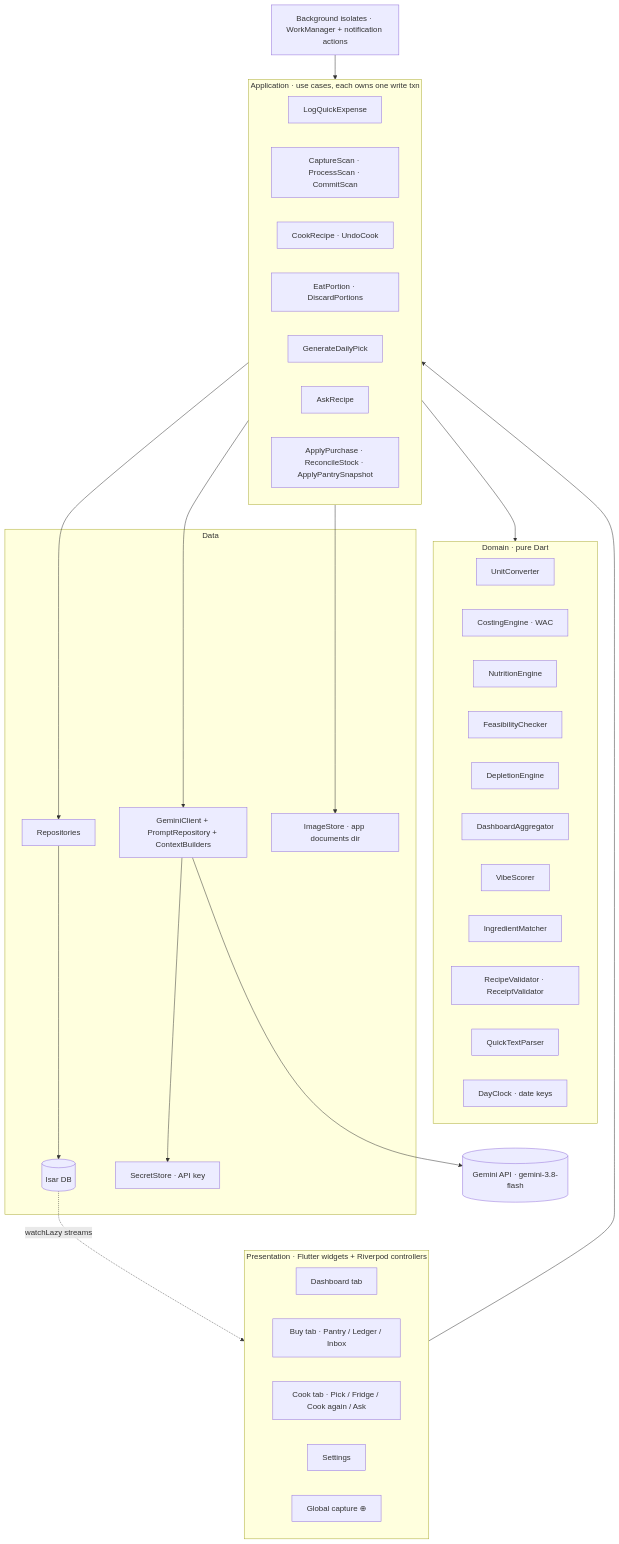
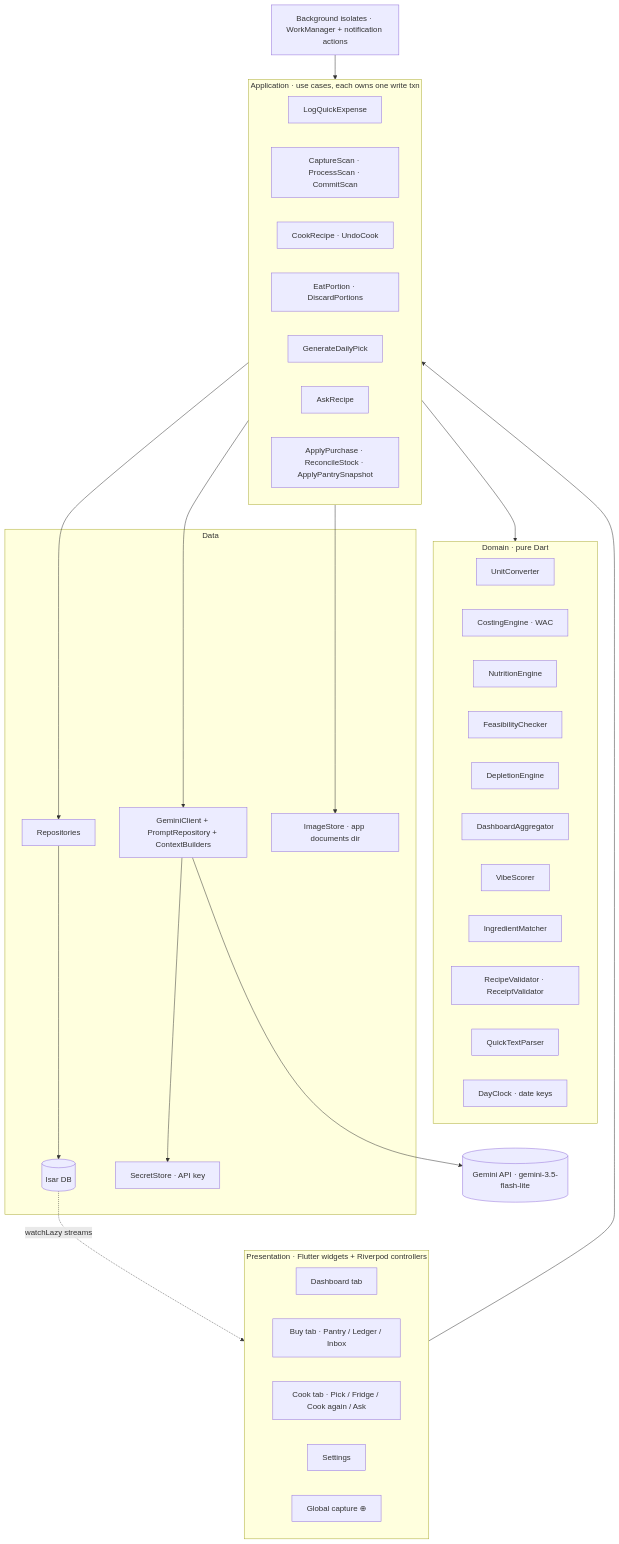
The first of 5 diagrams in docs/02-infrastructure-and-data-flow.md (moxhaed/Trackcalfin), drawn with Mermaid before and after one commit. The commit also changed other lines of this file and 70 other files, not shown here.

````diff
--- a/docs/02-infrastructure-and-data-flow.md
+++ b/docs/02-infrastructure-and-data-flow.md
@@ -38,50 +38,50 @@
 ```mermaid
 flowchart TB
   subgraph UI["Presentation · Flutter widgets + Riverpod controllers"]
     D["Dashboard tab"]
     B["Buy tab · Pantry / Ledger / Inbox"]
     C["Cook tab · Pick / Fridge / Cook again / Ask"]
     S["Settings"]
     CAP["Global capture ⊕"]
   end
   subgraph APP["Application · use cases, each owns one write txn"]
     U1["LogQuickExpense"]
     U2["CaptureScan · ProcessScan · CommitScan"]
     U3["CookRecipe · UndoCook"]
     U4["EatPortion · DiscardPortions"]
     U5["GenerateDailyPick"]
     U6["AskRecipe"]
     U7["ApplyPurchase · ReconcileStock · ApplyPantrySnapshot"]
   end
   subgraph DOM["Domain · pure Dart"]
     E1["UnitConverter"]
     E2["CostingEngine · WAC"]
     E3["NutritionEngine"]
     E4["FeasibilityChecker"]
     E5["DepletionEngine"]
     E6["DashboardAggregator"]
     E7["VibeScorer"]
     E8["IngredientMatcher"]
     E9["RecipeValidator · ReceiptValidator"]
     E10["QuickTextParser"]
     E11["DayClock · date keys"]
   end
   subgraph DATA["Data"]
     REPO["Repositories"]
     ISAR[("Isar DB")]
     AI["GeminiClient + PromptRepository + ContextBuilders"]
     FS["ImageStore · app documents dir"]
     SEC["SecretStore · API key"]
   end
   BG["Background isolates · WorkManager + notification actions"]
-  GEM[("Gemini API · gemini-3.8-flash")]
+  GEM[("Gemini API · gemini-3.5-flash-lite")]
 
   UI --> APP
   APP --> DOM
   APP --> REPO --> ISAR
   APP --> AI --> GEM
   AI --> SEC
   APP --> FS
   BG --> APP
   ISAR -. "watchLazy streams" .-> UI
 ```
````
